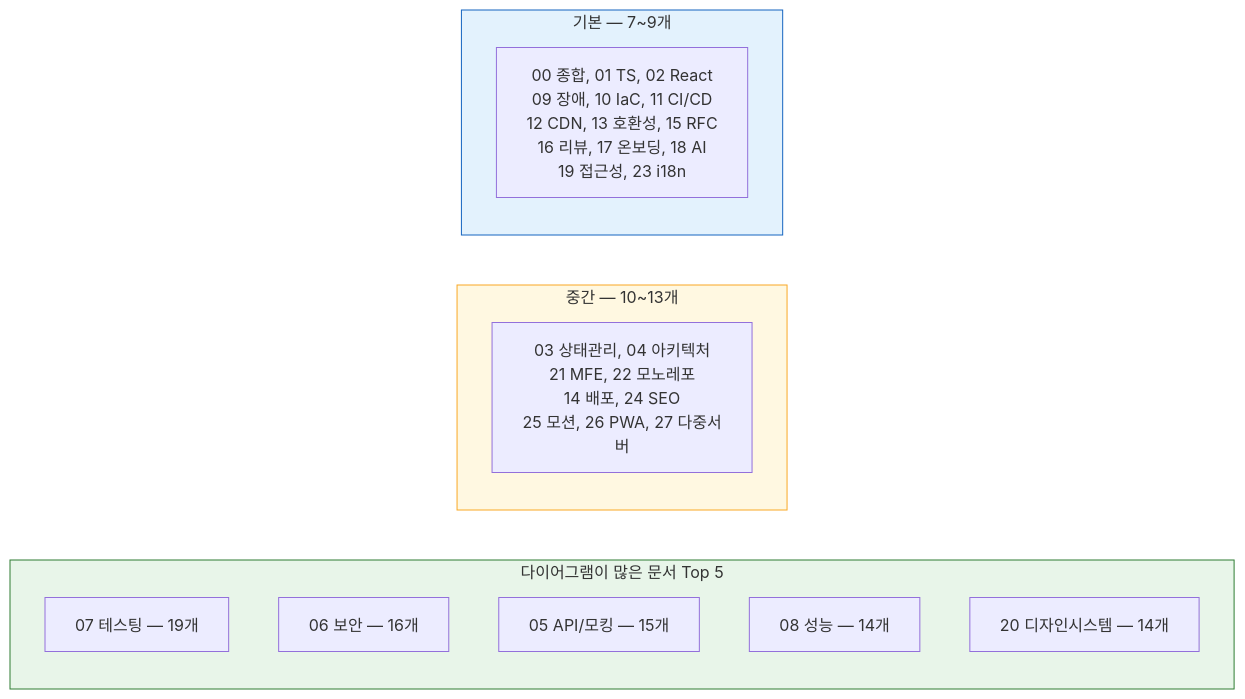
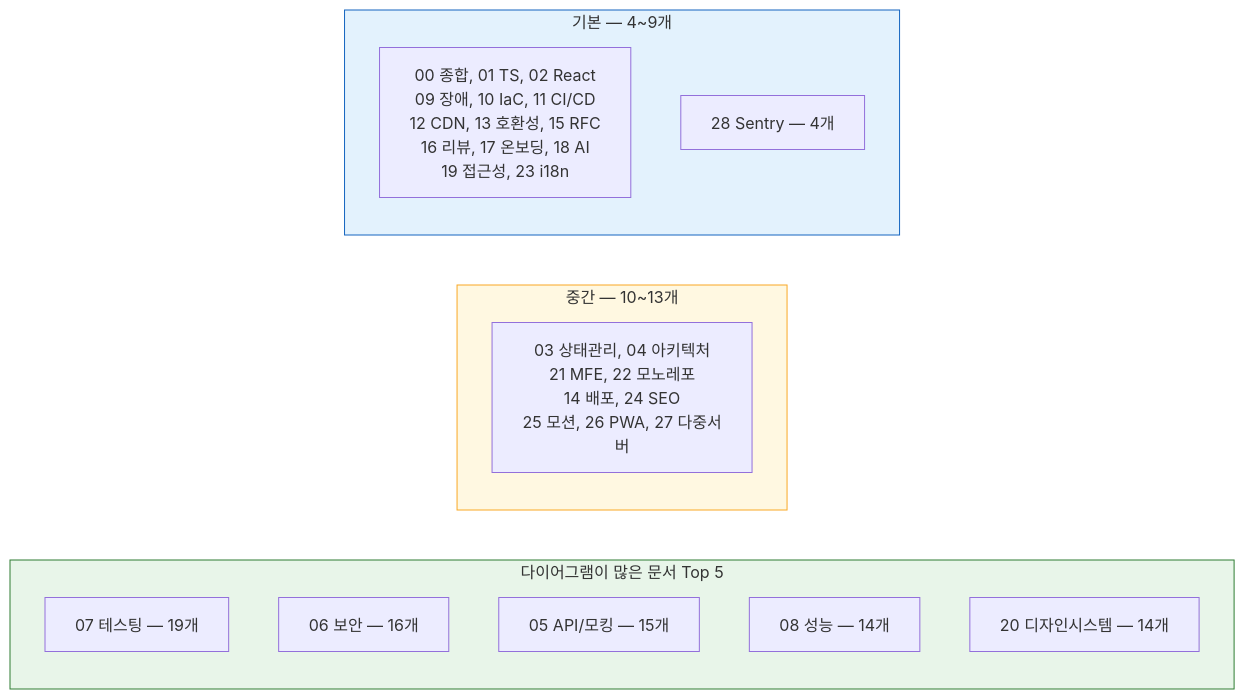
Before and after one commit to blue45f/heejun: the first of 4 diagrams in README.md, drawn with Mermaid. The commit also changed other lines of this file and 6 other files, not shown here.

````diff
--- a/README.md
+++ b/README.md
@@ -19,25 +19,26 @@
 ```mermaid
 flowchart LR
   subgraph TOP["다이어그램이 많은 문서 Top 5"]
     direction TB
     T1["07 테스팅 — 19개"]
     T2["06 보안 — 16개"]
     T3["05 API/모킹 — 15개"]
     T4["08 성능 — 14개"]
     T5["20 디자인시스템 — 14개"]
   end
 
   subgraph MID["중간 — 10~13개"]
     direction TB
     M1["03 상태관리, 04 아키텍처<br/>21 MFE, 22 모노레포<br/>14 배포, 24 SEO<br/>25 모션, 26 PWA, 27 다중서버"]
   end
 
-  subgraph LOW["기본 — 7~9개"]
+  subgraph LOW["기본 — 4~9개"]
     direction TB
     L1["00 종합, 01 TS, 02 React<br/>09 장애, 10 IaC, 11 CI/CD<br/>12 CDN, 13 호환성, 15 RFC<br/>16 리뷰, 17 온보딩, 18 AI<br/>19 접근성, 23 i18n"]
+    L2["28 Sentry — 4개"]
   end
 
   style TOP fill:#e8f5e9,stroke:#2e7d32
   style MID fill:#fff8e1,stroke:#f9a825
   style LOW fill:#e3f2fd,stroke:#1565c0
 ```
````
